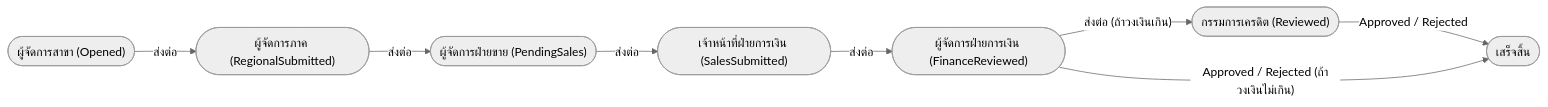
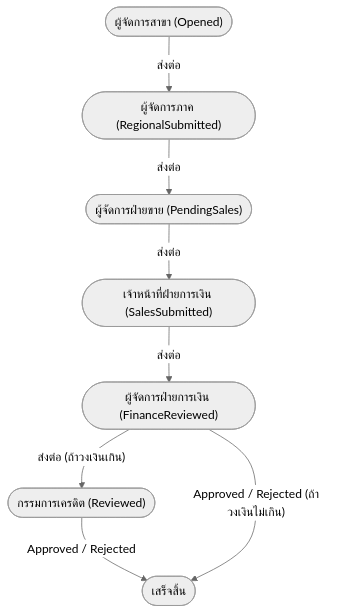
Before and after one commit to JinnawatJid/iNsightDocs: the third of 3 diagrams in docs/presentations/05_IT_Support_Handover_Slides.md, drawn with Mermaid (neutral theme).

Commit message:
docs(presentations): format slide 8 workflow diagram vertically
Changed the Mermaid flowchart orientation on Slide 8 from Left-to-Right (LR) to Top-Down (TD). This vertical arrangement makes the 6-step approval chain easier to read and fits much better on a standard presentation slide.

````diff
--- a/docs/presentations/05_IT_Support_Handover_Slides.md
+++ b/docs/presentations/05_IT_Support_Handover_Slides.md
@@ -101,11 +101,11 @@
 ```mermaid
-flowchart LR
+flowchart TD
     A(["ผู้จัดการสาขา (Opened)"]) -->|"ส่งต่อ"| B(["ผู้จัดการภาค (RegionalSubmitted)"])
     B -->|"ส่งต่อ"| C(["ผู้จัดการฝ่ายขาย (PendingSales)"])
     C -->|"ส่งต่อ"| D(["เจ้าหน้าที่ฝ่ายการเงิน (SalesSubmitted)"])
     D -->|"ส่งต่อ"| E(["ผู้จัดการฝ่ายการเงิน (FinanceReviewed)"])
     E -->|"ส่งต่อ (ถ้าวงเงินเกิน)"| F(["กรรมการเครดิต (Reviewed)"])
 
     F -->|"Approved / Rejected"| G(["เสร็จสิ้น"])
     E -->|"Approved / Rejected (ถ้าวงเงินไม่เกิน)"| G
 ```
````
